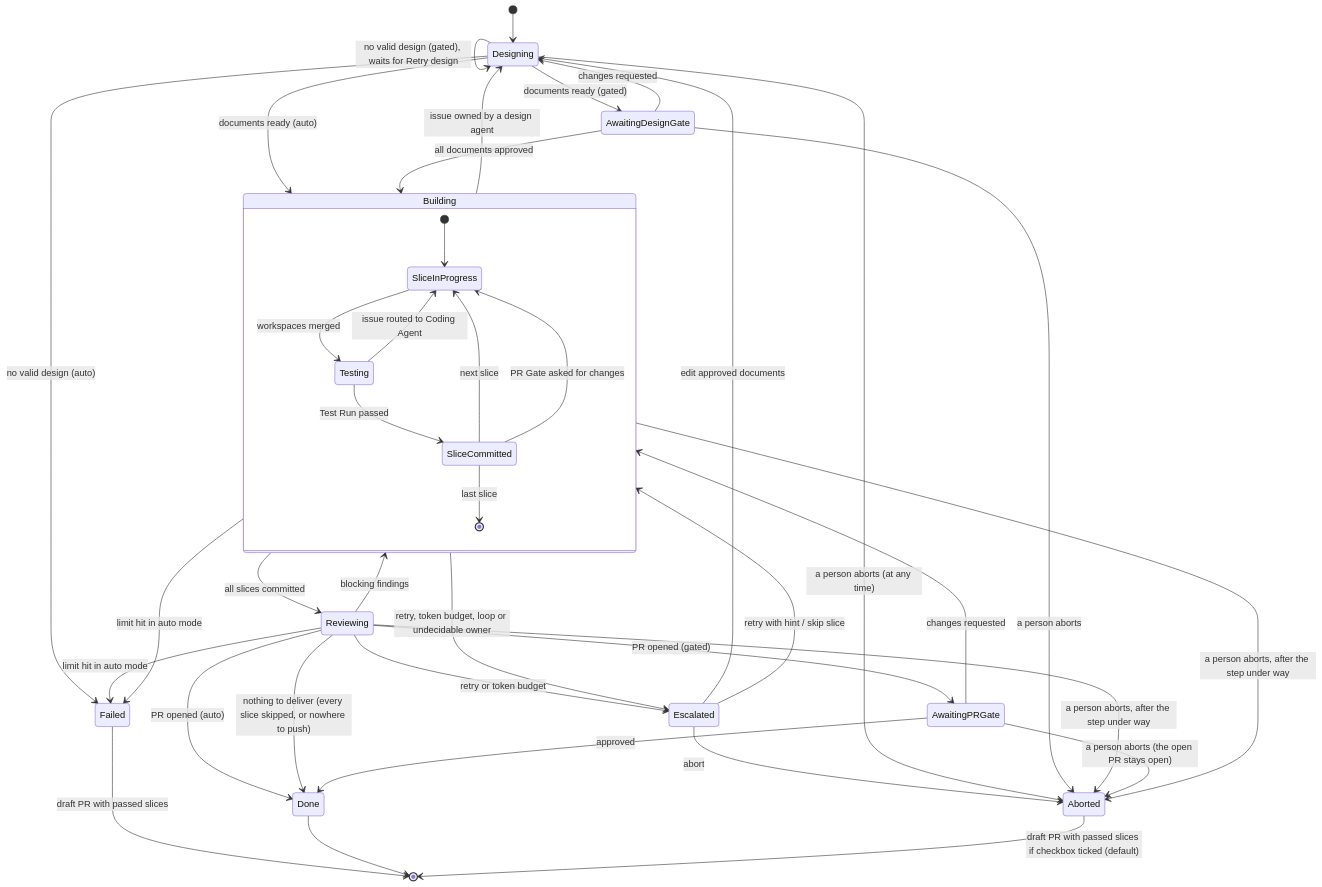
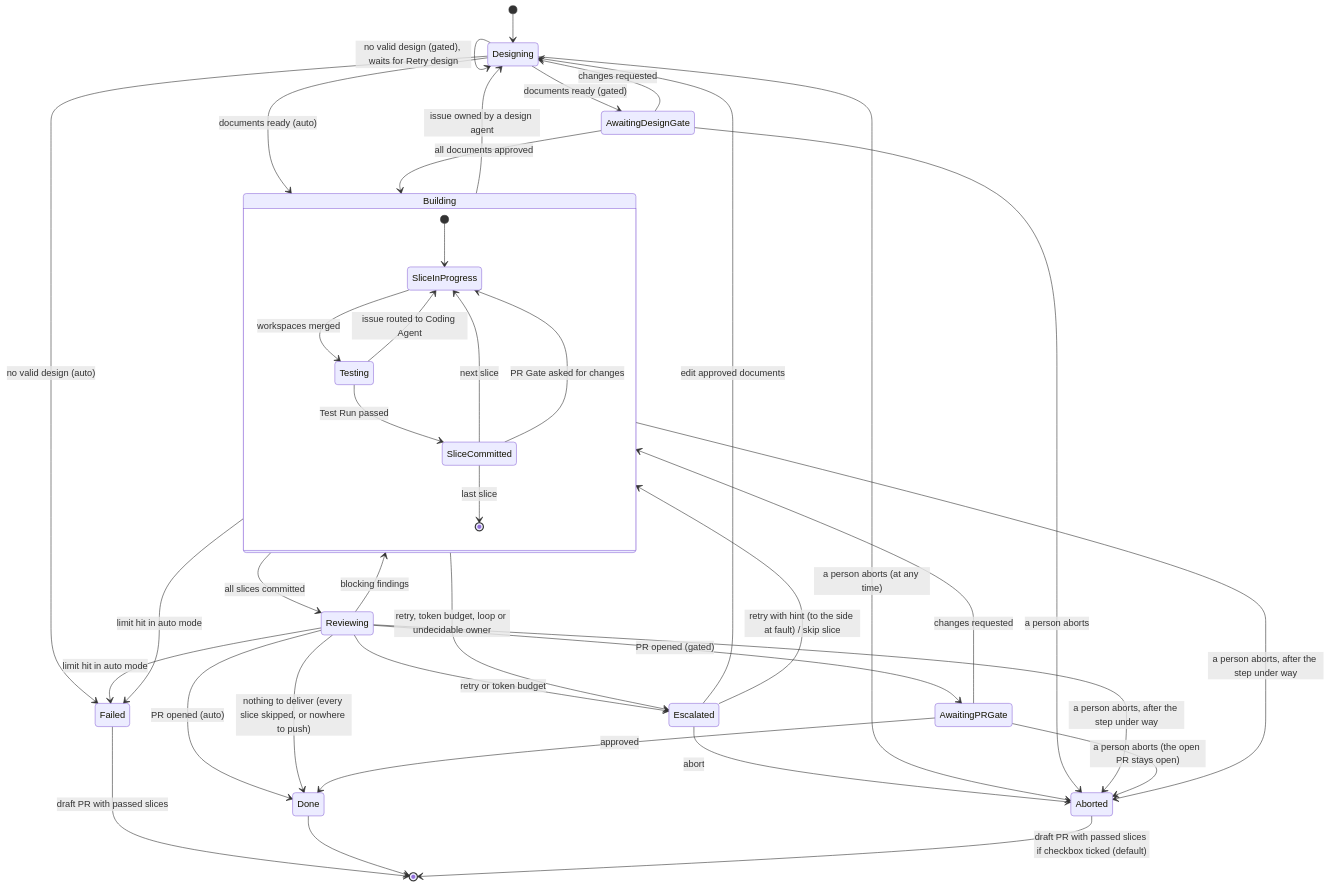
One commit to ChinGuang/sdlc-code changed the third of 10 diagrams in docs/design/uml.md. Above: the diagram before and after it, drawn with Mermaid. The commit also changed 13 other files, not shown here.

````diff
--- a/docs/design/uml.md
+++ b/docs/design/uml.md
@@ -260,46 +260,46 @@
 ```mermaid
 stateDiagram-v2
   [*] --> Designing
   Designing --> AwaitingDesignGate : documents ready (gated)
   Designing --> Failed : no valid design (auto)
   Designing --> Designing : no valid design (gated), waits for Retry design
   Designing --> Building : documents ready (auto)
   AwaitingDesignGate --> Designing : changes requested
   AwaitingDesignGate --> Building : all documents approved
 
   state Building {
     [*] --> SliceInProgress
     SliceInProgress --> Testing : workspaces merged
     Testing --> SliceInProgress : issue routed to Coding Agent
     Testing --> SliceCommitted : Test Run passed
     SliceCommitted --> SliceInProgress : next slice
     SliceCommitted --> SliceInProgress : PR Gate asked for changes
     SliceCommitted --> [*] : last slice
   }
 
   Building --> Designing : issue owned by a design agent
   Building --> Reviewing : all slices committed
   Reviewing --> Building : blocking findings
   Reviewing --> AwaitingPRGate : PR opened (gated)
   Reviewing --> Done : PR opened (auto)
   Reviewing --> Done : nothing to deliver (every slice skipped, or nowhere to push)
   AwaitingPRGate --> Building : changes requested
   AwaitingPRGate --> Done : approved
 
   Building --> Escalated : retry, token budget, loop or undecidable owner
   Reviewing --> Escalated : retry or token budget
-  Escalated --> Building : retry with hint / skip slice
+  Escalated --> Building : retry with hint (to the side at fault) / skip slice
   Escalated --> Designing : edit approved documents
   Escalated --> Aborted : abort
   Designing --> Aborted : a person aborts (at any time)
   AwaitingDesignGate --> Aborted : a person aborts
   Building --> Aborted : a person aborts, after the step under way
   Reviewing --> Aborted : a person aborts, after the step under way
   AwaitingPRGate --> Aborted : a person aborts (the open PR stays open)
 
   Building --> Failed : limit hit in auto mode
   Reviewing --> Failed : limit hit in auto mode
   Failed --> [*] : draft PR with passed slices
   Done --> [*]
   Aborted --> [*] : draft PR with passed slices if checkbox ticked (default)
 ```
````
